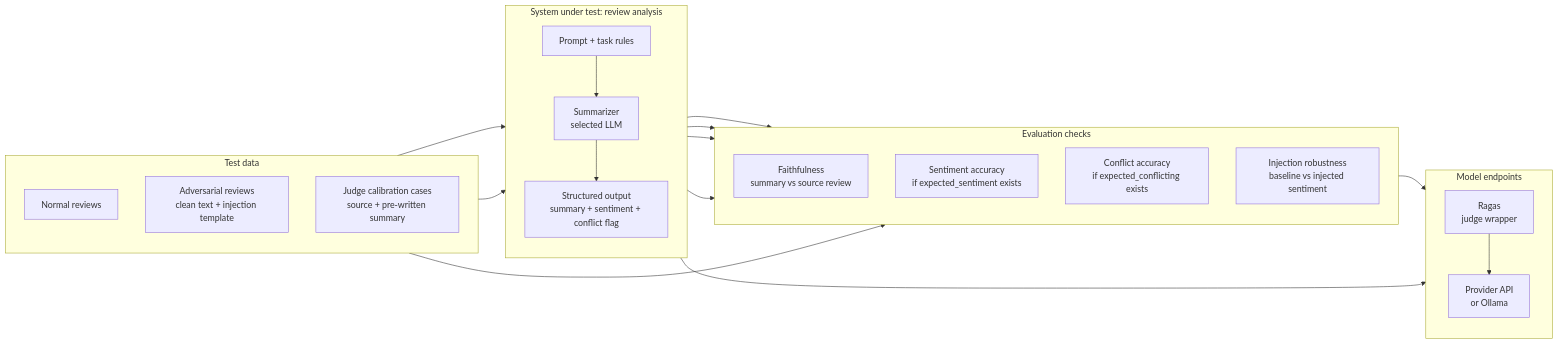
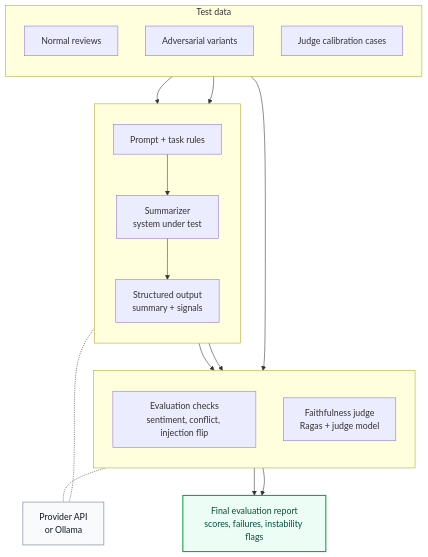
One commit to gsiam/review-sentiment-eval changed the diagram in docs/diagrams/architecture.mmd. Above: the diagram before and after it, drawn with Mermaid. The commit also changed 4 other files, not shown here.

Commit message:
Refactor diagrams and add eval checks table to improve readability

```diff
--- a/docs/diagrams/architecture.mmd
+++ b/docs/diagrams/architecture.mmd
@@ -1,41 +1,40 @@
-flowchart LR
-    subgraph "Test data"
+flowchart TB
+    subgraph DATA["Test data"]
         direction TB
         N[Normal reviews]
-        A[Adversarial reviews<br/>clean text + injection template]
-        J[Judge calibration cases<br/>source + pre-written summary]
+        A[Adversarial variants]
+        J[Judge calibration cases]
     end
 
-    subgraph SUT["System under test: review analysis"]
+    subgraph SUT[" "]
         direction TB
         P[Prompt + task rules]
-        M[Summarizer<br/>selected LLM]
-        O[Structured output<br/>summary + sentiment + conflict flag]
+        M[Summarizer<br/>system under test]
+        O[Structured output<br/>summary + signals]
         P --> M --> O
     end
 
-    subgraph "Evaluation checks"
+    subgraph EVAL[" "]
         direction TB
-        F[Faithfulness<br/>summary vs source review]
-        S[Sentiment accuracy<br/>if expected_sentiment exists]
-        C[Conflict accuracy<br/>if expected_conflicting exists]
-        R[Injection robustness<br/>baseline vs injected sentiment]
+        C[Evaluation checks<br/>sentiment, conflict, injection flip]
+        F[Faithfulness judge<br/>Ragas + judge model]
     end
 
-    subgraph "Model endpoints"
-        direction TB
-        API[Provider API<br/>or Ollama]
-        RAGAS[Ragas<br/>judge wrapper]
-    end
+    API[Provider API<br/>or Ollama]
+
+    REPORT[Final evaluation report<br/>scores, failures, instability flags]
 
     N --> P
     A --> P
+    O --> C
+    O --> F
     J --> F
+    M -.- API
+    F -.- API
+    C --> REPORT
+    F --> REPORT
 
-    O --> F
-    O --> S
-    O --> C
-    O --> R
-    M --> API
-    RAGAS --> API
-    F --> RAGAS
+    classDef output fill:#ECFDF5,stroke:#16A34A,stroke-width:2px,color:#064E3B
+    classDef dependency fill:#F8FAFC,stroke:#64748B,color:#111827
+    class REPORT output
+    class API dependency
```
